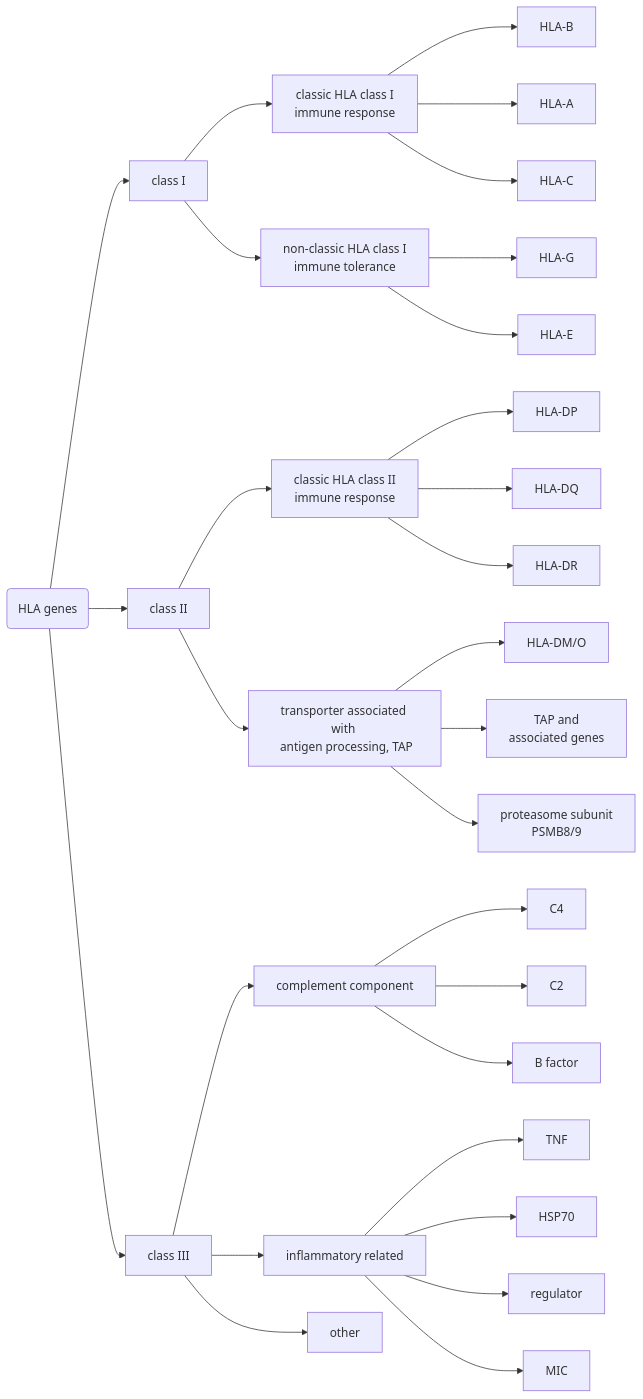
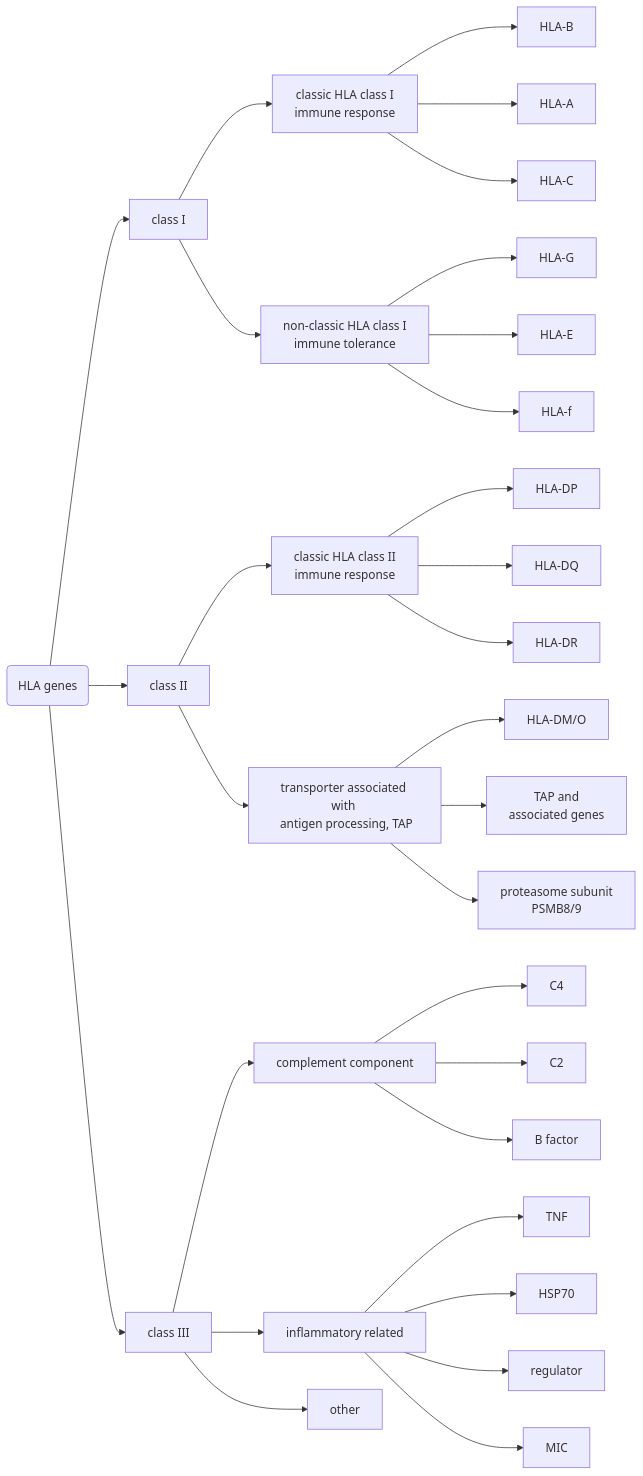
Before and after one commit to gxf1212/notes: the fourth of 4 diagrams in course/molecular-immunology/molecular-immunology.md, drawn with Mermaid. The commit also changed other lines of this file and 9 other files, not shown here.

````diff
--- a/course/molecular-immunology/molecular-immunology.md
+++ b/course/molecular-immunology/molecular-immunology.md
@@ -896,31 +896,32 @@
 ```mermaid
 graph LR
 hla --> 1[class I]
 hla(HLA genes) --> 2[class II]
 hla --> 3[class III]
 1 --> 1c[classic HLA class I <br/> immune response]
 1c --> 1cb[HLA-B]
 1c --> 1ca[HLA-A]
 1c --> 1cc[HLA-C]
 1 --> 1n[non-classic HLA class I <br/> immune tolerance]
 1n --> 1ng[HLA-G]
 1n --> 1nE[HLA-E]
+1n --> 1nF[HLA-f]
 2 --> 2c[classic HLA class II <br/> immune response]
 2c --> 2cp[HLA-DP]
 2c --> 2cq[HLA-DQ]
 2c --> 2cr[HLA-DR]
 2 --> 2n[transporter associated with <br/> antigen processing, TAP]
 2n --> dm[HLA-DM/O]
 2n --> tap[TAP and <br/> associated genes]
 2n --> psm[proteasome subunit <br/> PSMB8/9]
 3 --> 31[complement component]
 31 --> C4
 31 --> C2
 31 --> b[B factor]
 3 --> 32[inflammatory related]
 32 --> TNF
 32 --> HSP70
 32 --> regulator
 32 --> MIC
 3 --> 33[other]
 ```
````
